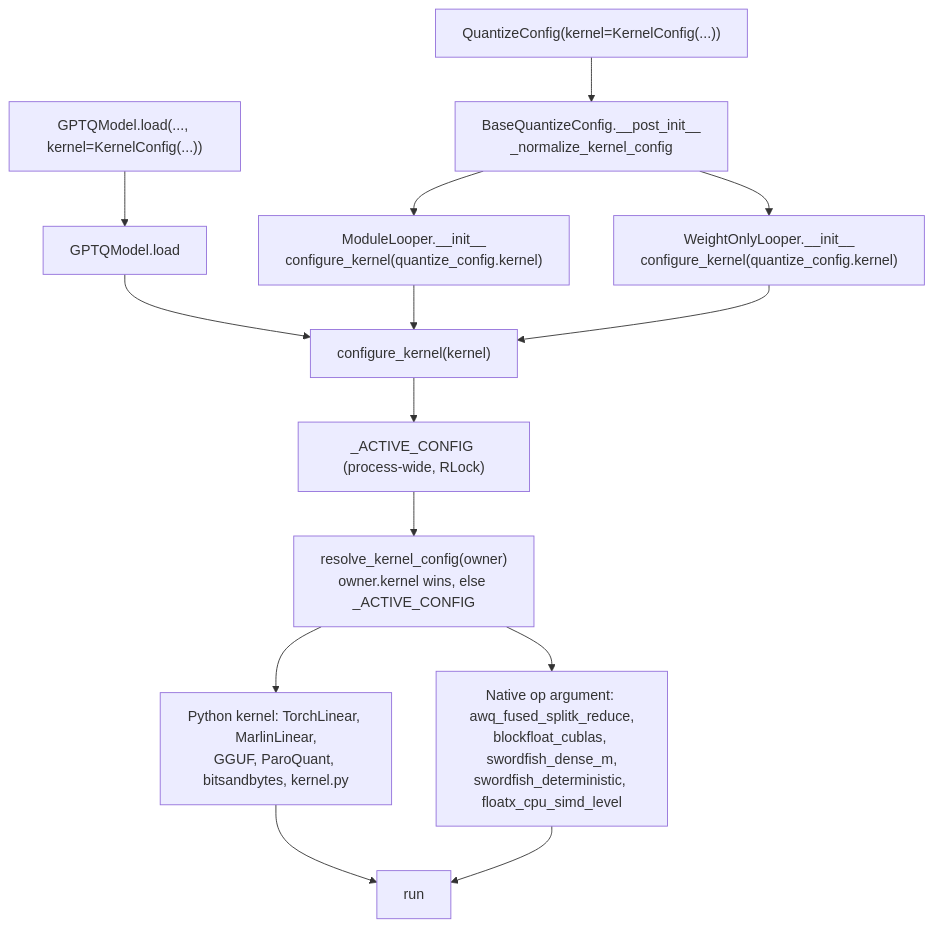
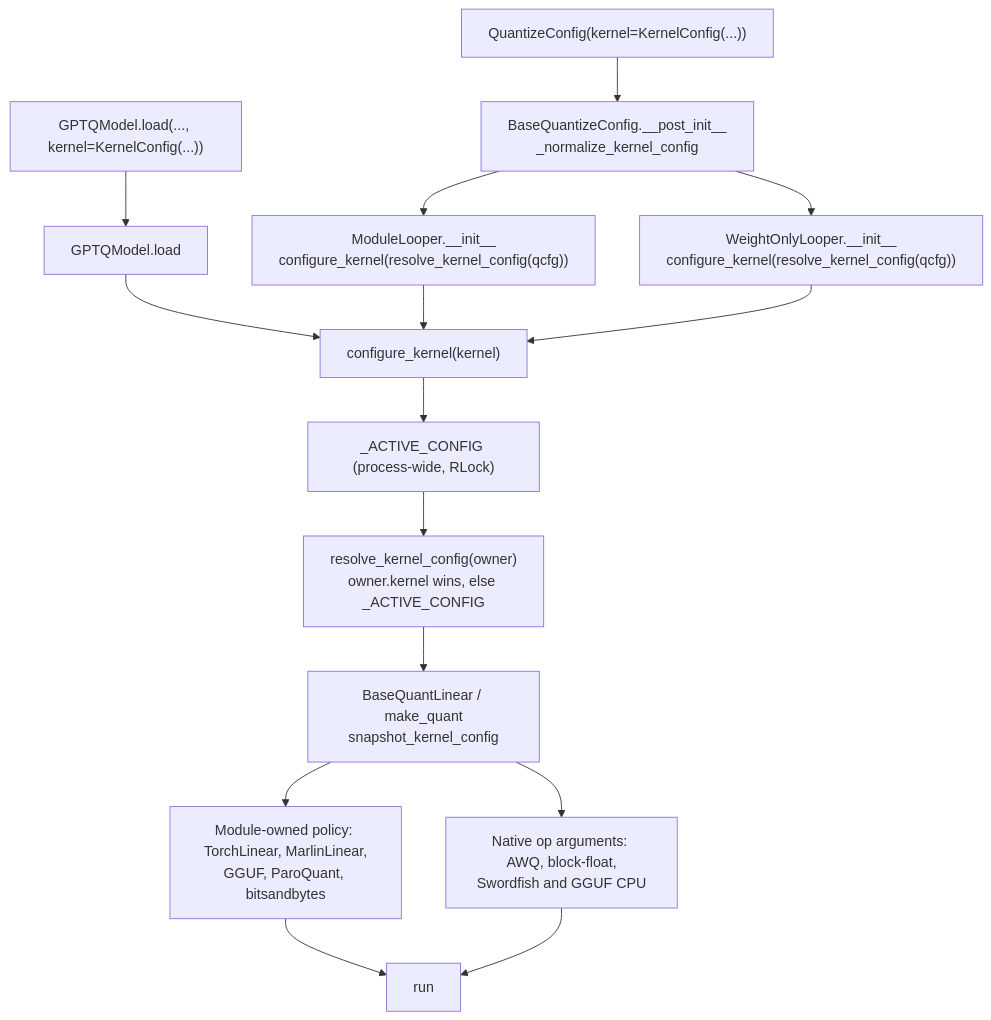
The first of 2 diagrams in docs/kernel-config.md (ModelCloud/GPTQModel), drawn with Mermaid before and after one commit. The commit also changed other lines of this file and 30 other files, not shown here.

````diff
--- a/docs/kernel-config.md
+++ b/docs/kernel-config.md
@@ -43,16 +55,17 @@
 ```mermaid
 flowchart TD
     A["QuantizeConfig(kernel=KernelConfig(...))"] --> B["BaseQuantizeConfig.__post_init__<br/>_normalize_kernel_config"]
     C["GPTQModel.load(..., kernel=KernelConfig(...))"] --> D["GPTQModel.load"]
     D --> E["configure_kernel(kernel)"]
-    B --> F["ModuleLooper.__init__<br/>configure_kernel(quantize_config.kernel)"]
-    B --> G["WeightOnlyLooper.__init__<br/>configure_kernel(quantize_config.kernel)"]
+    B --> F["ModuleLooper.__init__<br/>configure_kernel(resolve_kernel_config(qcfg))"]
+    B --> G["WeightOnlyLooper.__init__<br/>configure_kernel(resolve_kernel_config(qcfg))"]
     F --> E
     G --> E
     E --> H["_ACTIVE_CONFIG (process-wide, RLock)"]
     H --> I["resolve_kernel_config(owner)<br/>owner.kernel wins, else _ACTIVE_CONFIG"]
-    I --> J["Python kernel: TorchLinear, MarlinLinear,<br/>GGUF, ParoQuant, bitsandbytes, kernel.py"]
-    I --> K["Native op argument: awq_fused_splitk_reduce,<br/>blockfloat_cublas, swordfish_dense_m,<br/>swordfish_deterministic, floatx_cpu_simd_level"]
+    I --> M["BaseQuantLinear / make_quant<br/>snapshot_kernel_config"]
+    M --> J["Module-owned policy: TorchLinear, MarlinLinear,<br/>GGUF, ParoQuant, bitsandbytes"]
+    M --> K["Native op arguments: AWQ, block-float,<br/>Swordfish and GGUF CPU"]
     J --> L["run"]
     K --> L
 ```
````
